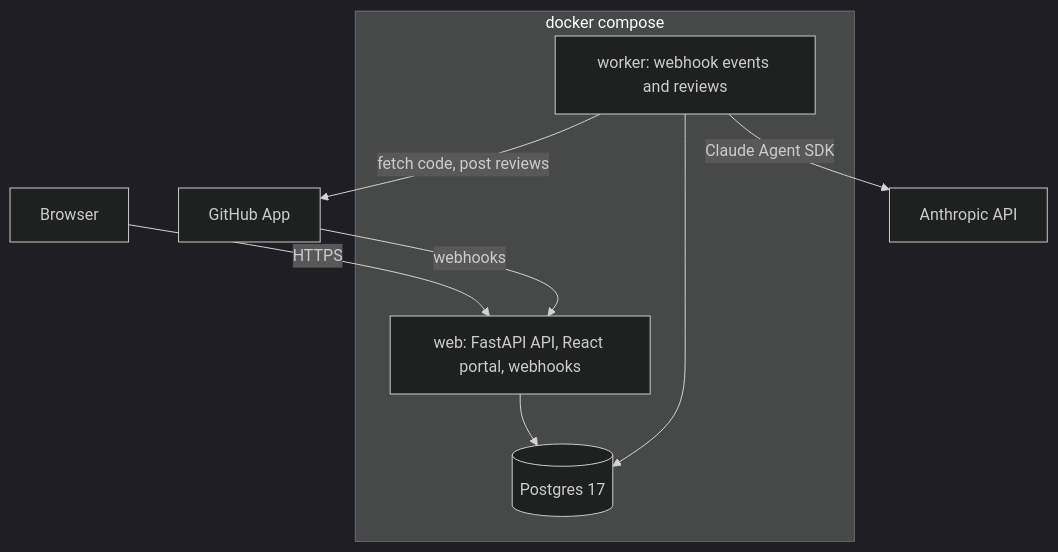
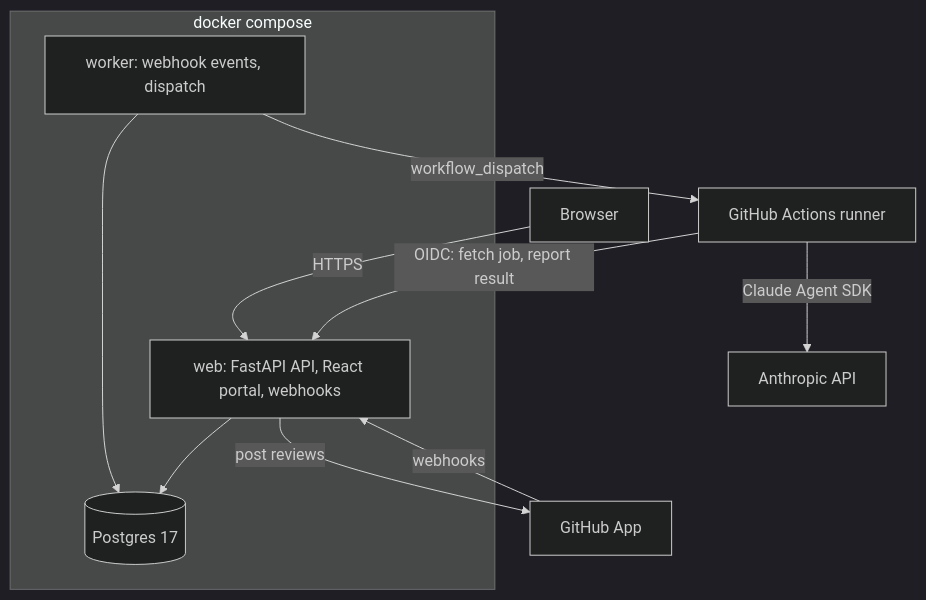
Before and after one commit to havelin-labs/chakshu-docs: the diagram in docs/project/architecture.md, drawn with Mermaid (dark theme). The commit also changed other lines of this file and 13 other files, not shown here.

First line of the commit message:
docs: describe reviews running in github actions

````diff
--- a/docs/project/architecture.md
+++ b/docs/project/architecture.md
@@ -3,14 +3,16 @@
 ```mermaid
 flowchart TB
   browser[Browser] -->|HTTPS| web
   github[GitHub App] -->|webhooks| web
   subgraph compose[docker compose]
     web["web: FastAPI API, React portal, webhooks"]
-    worker["worker: webhook events and reviews"]
+    worker["worker: webhook events, dispatch"]
     db[(Postgres 17)]
     web --> db
     worker --> db
   end
-  worker -->|fetch code, post reviews| github
-  worker -->|Claude Agent SDK| anthropic[Anthropic API]
+  worker -->|workflow_dispatch| actions[GitHub Actions runner]
+  actions -->|OIDC: fetch job, report result| web
+  actions -->|Claude Agent SDK| anthropic[Anthropic API]
+  web -->|post reviews| github
 ```
````
